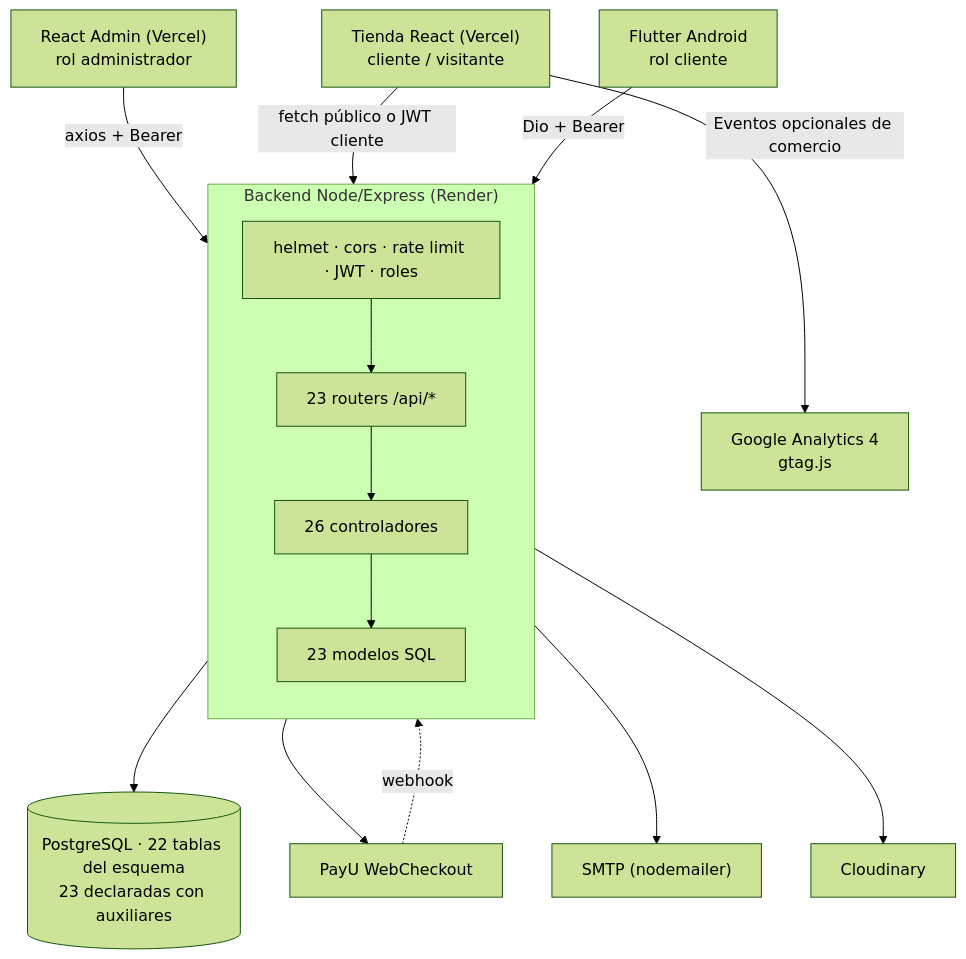
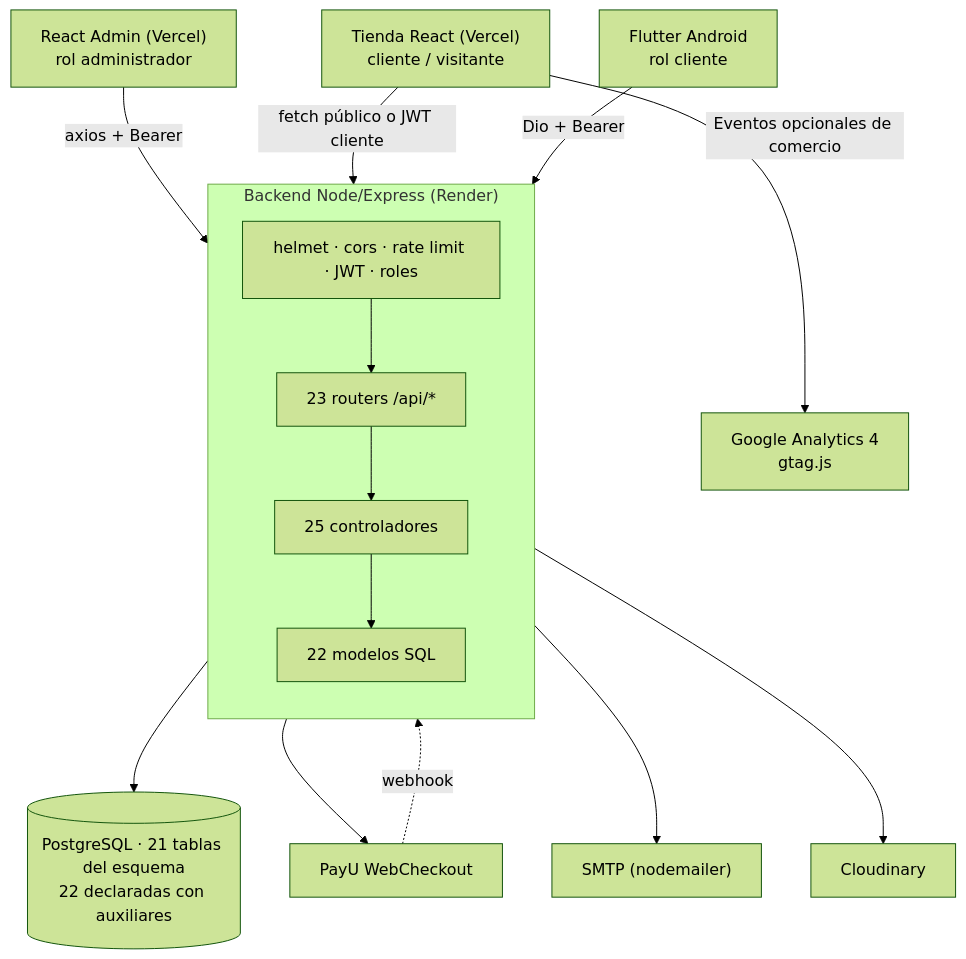
One commit to jimenezvegaedinson7-dot/librer-a changed the diagram in docs/architecture/graphs/general-architecture.mmd. Above: the diagram before and after it, drawn with Mermaid (forest theme). The commit also changed 73 other files, not shown here.

```diff
--- a/docs/architecture/graphs/general-architecture.mmd
+++ b/docs/architecture/graphs/general-architecture.mmd
@@ -1,21 +1,21 @@
 %% Generado 2026-11-18 desde el código real (actualizar-mapa.mjs)
 flowchart TB
-    DB[("PostgreSQL · 22 tablas del esquema<br/>23 declaradas con auxiliares")]
+    DB[("PostgreSQL · 21 tablas del esquema<br/>22 declaradas con auxiliares")]
     subgraph API["Backend Node/Express (Render)"]
         direction TB
         MW["helmet · cors · rate limit · JWT · roles"]
         R["23 routers /api/*"]
-        C["26 controladores"]
-        M["23 modelos SQL"]
+        C["25 controladores"]
+        M["22 modelos SQL"]
         MW --> R --> C --> M
     end
     M --> DB
     EXT1["PayU WebCheckout"]
     EXT2["SMTP (nodemailer)"]
     EXT3["Cloudinary"]
     C --> EXT1 & EXT2 & EXT3
     EXT1 -. webhook .-> R
     REACT["React Admin (Vercel)<br/>rol administrador"] -->|"axios + Bearer"| MW
     TIENDA["Tienda React (Vercel)<br/>cliente / visitante"] -->|"fetch público o JWT cliente"| MW
     TIENDA -->|"Eventos opcionales de comercio"| GA4["Google Analytics 4<br/>gtag.js"]
     FLUTTER["Flutter Android<br/>rol cliente"] -->|"Dio + Bearer"| MW
```
